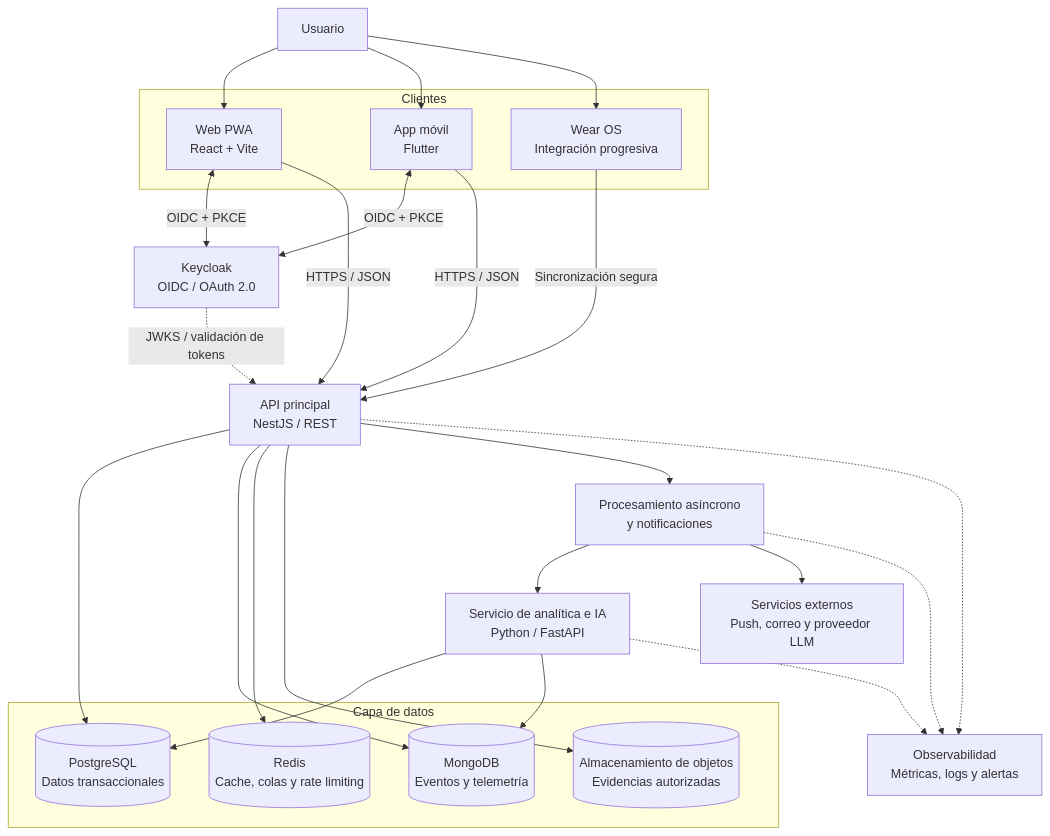
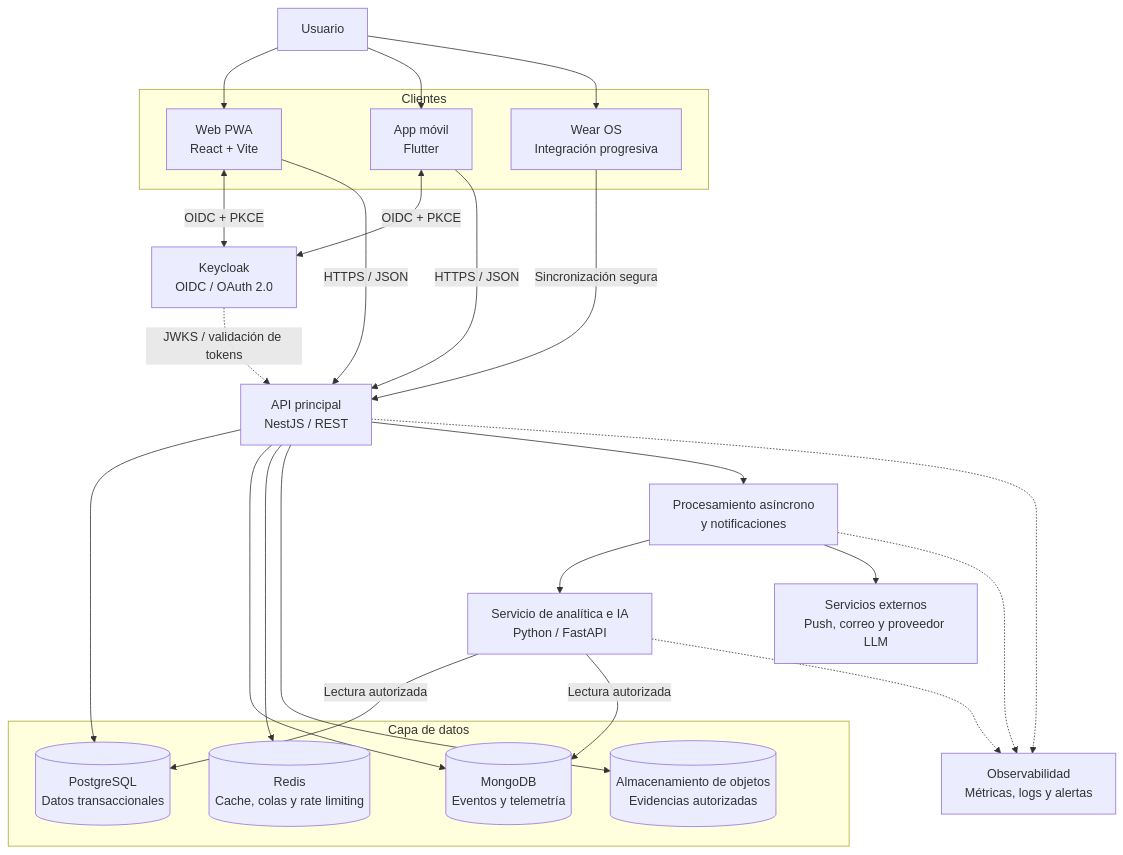
Before and after one commit to JesuuusArt/Quantify-Core: the diagram in README.md, drawn with Mermaid. The commit also changed other lines of this file and 7 other files, not shown here.

````diff
--- a/README.md
+++ b/README.md
@@ -150,47 +165,47 @@
 ```mermaid
 flowchart TB
     U[Usuario]
 
     subgraph Clients[Clientes]
         WEB[Web PWA\nReact + Vite]
         MOB[App móvil\nFlutter]
         WEAR[Wear OS\nIntegración progresiva]
     end
 
     IDP[Keycloak\nOIDC / OAuth 2.0]
     API[API principal\nNestJS / REST]
     WORKER[Procesamiento asíncrono\ny notificaciones]
     ML[Servicio de analítica e IA\nPython / FastAPI]
 
     subgraph Data[Capa de datos]
         PG[(PostgreSQL\nDatos transaccionales)]
         MONGO[(MongoDB\nEventos y telemetría)]
         REDIS[(Redis\nCache, colas y rate limiting)]
         OBJ[(Almacenamiento de objetos\nEvidencias autorizadas)]
     end
 
     OBS[Observabilidad\nMétricas, logs y alertas]
     EXT[Servicios externos\nPush, correo y proveedor LLM]
 
     U --> WEB
     U --> MOB
     U --> WEAR
     WEB <-->|OIDC + PKCE| IDP
     MOB <-->|OIDC + PKCE| IDP
     WEB -->|HTTPS / JSON| API
     MOB -->|HTTPS / JSON| API
     WEAR -->|Sincronización segura| API
     IDP -.->|JWKS / validación de tokens| API
     API --> PG
     API --> MONGO
     API --> REDIS
     API --> OBJ
     API --> WORKER
     WORKER --> ML
     WORKER --> EXT
-    ML --> PG
-    ML --> MONGO
+    ML -->|Lectura autorizada| PG
+    ML -->|Lectura autorizada| MONGO
     API -.-> OBS
     WORKER -.-> OBS
     ML -.-> OBS
 ```
````
